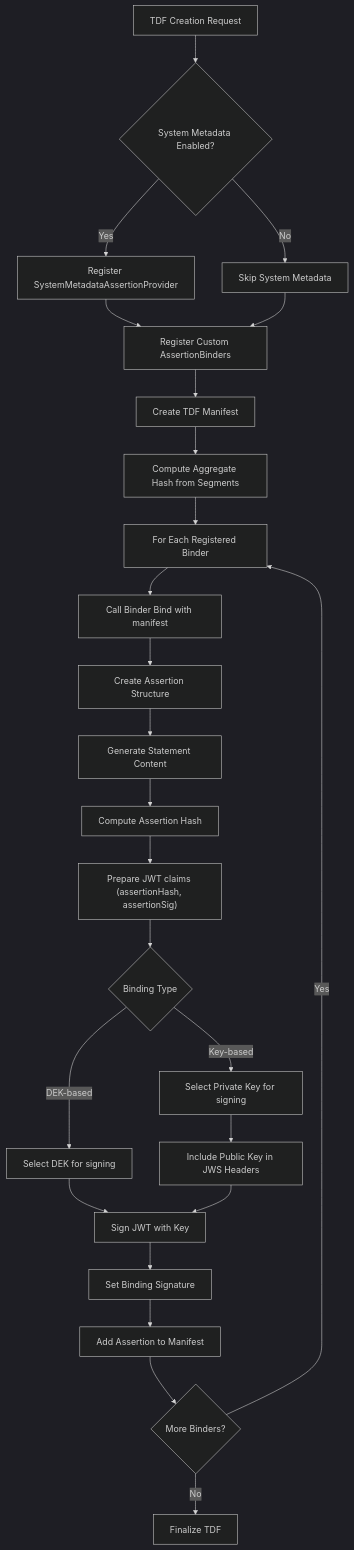
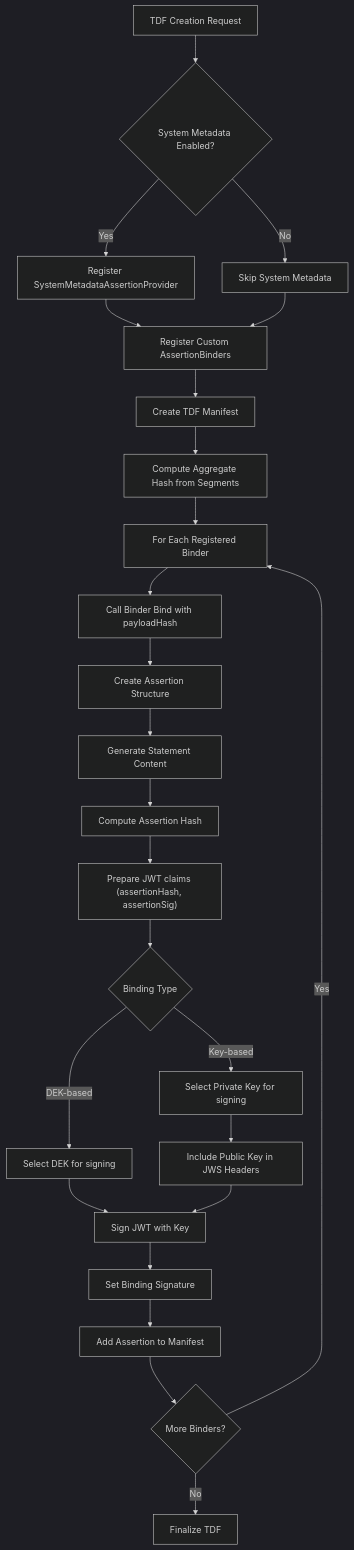
The first of 2 diagrams in docs/Assertions.md (opentdf/platform), drawn with Mermaid before and after one commit. The commit also changed 12 other files, not shown here.

````diff
--- a/docs/Assertions.md
+++ b/docs/Assertions.md
@@ -15,40 +15,40 @@
 ```mermaid
 ---
 config:
   theme: dark
 ---
 flowchart TD
     %% Assertion Creation Phase
     A[TDF Creation Request] --> B{System Metadata Enabled?}
     B -->|Yes| C[Register SystemMetadataAssertionProvider]
     B -->|No| D[Skip System Metadata]
     C --> E[Register Custom AssertionBinders]
     D --> E
     E --> F[Create TDF Manifest]
     F --> G[Compute Aggregate Hash from Segments]
 
     %% Binding Process
     G --> H[For Each Registered Binder]
-    H --> I[Call Binder Bind with manifest]
+    H --> I[Call Binder Bind with payloadHash]
     I --> J[Create Assertion Structure]
     J --> K[Generate Statement Content]
     K --> L[Compute Assertion Hash]
 
     P["Prepare JWT claims (assertionHash, assertionSig)"]
     L --> P
 
     P --> M{Binding Type}
     M -->|DEK-based| N[Select DEK for signing]
     M -->|Key-based| O[Select Private Key for signing]
 
     O --> Q[Include Public Key in JWS Headers]
 
     N --> R[Sign JWT with Key]
     Q --> R
 
     R --> S[Set Binding Signature]
     S --> T[Add Assertion to Manifest]
     T --> U{More Binders?}
     U -->|Yes| H
     U -->|No| V[Finalize TDF]
 ```
````
